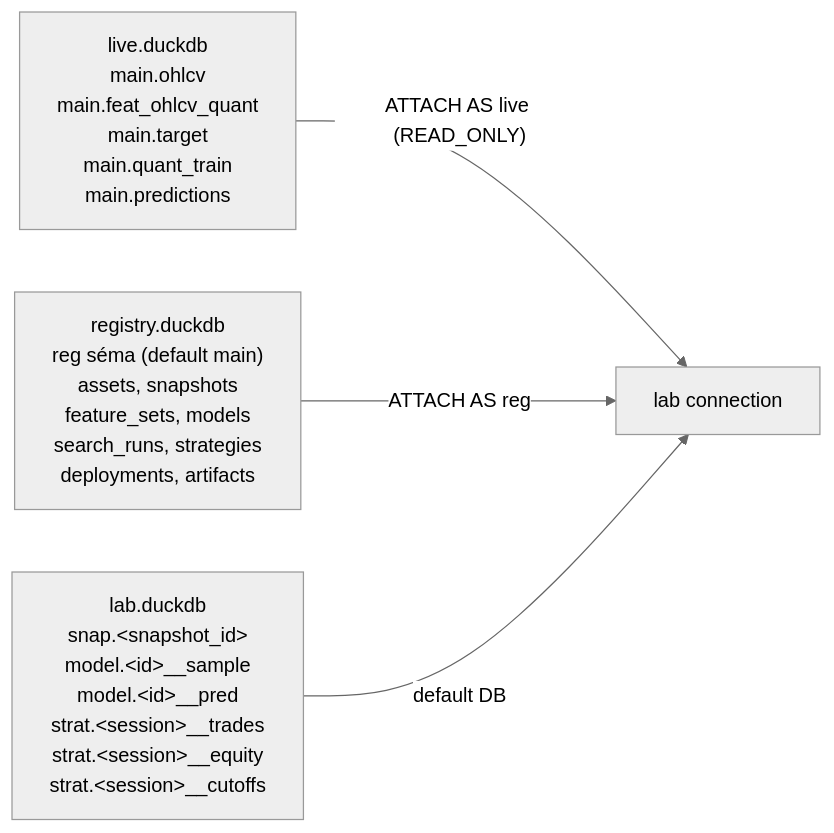
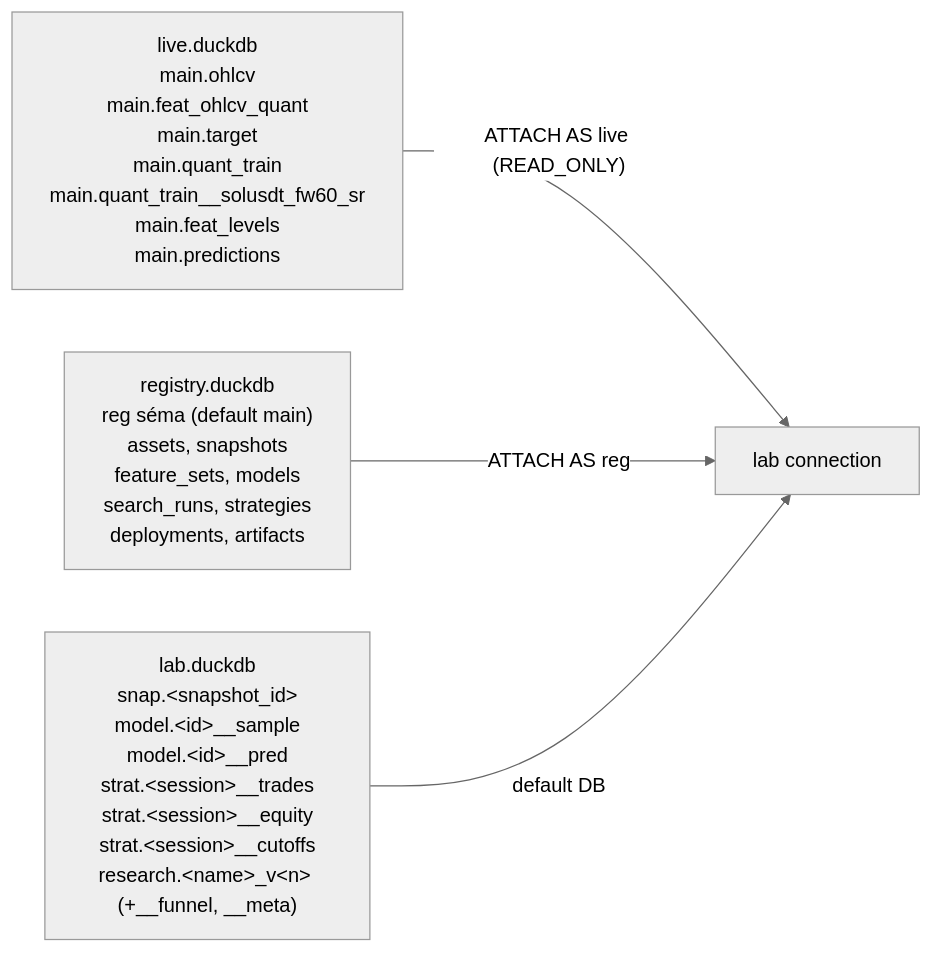
The second of 4 diagrams in _doc_/database_and_code_doc/0002_data_architecture.md (Nemesis14/chronoquant), drawn with Mermaid (neutral theme) before and after one commit. The commit also changed other lines of this file and 2329 other files, not shown here.

````diff
--- a/_doc_/database_and_code_doc/0002_data_architecture.md
+++ b/_doc_/database_and_code_doc/0002_data_architecture.md
@@ -57,10 +58,10 @@
 ```mermaid
 flowchart LR
-  LIVE["live.duckdb\nmain.ohlcv\nmain.feat_ohlcv_quant\nmain.target\nmain.quant_train\nmain.predictions"]
-  LAB["lab.duckdb\nsnap.&lt;snapshot_id&gt;\nmodel.&lt;id&gt;__sample\nmodel.&lt;id&gt;__pred\nstrat.&lt;session&gt;__trades\nstrat.&lt;session&gt;__equity\nstrat.&lt;session&gt;__cutoffs"]
+  LIVE["live.duckdb\nmain.ohlcv\nmain.feat_ohlcv_quant\nmain.target\nmain.quant_train\nmain.quant_train__solusdt_fw60_sr\nmain.feat_levels\nmain.predictions"]
+  LAB["lab.duckdb\nsnap.&lt;snapshot_id&gt;\nmodel.&lt;id&gt;__sample\nmodel.&lt;id&gt;__pred\nstrat.&lt;session&gt;__trades\nstrat.&lt;session&gt;__equity\nstrat.&lt;session&gt;__cutoffs\nresearch.&lt;name&gt;_v&lt;n&gt; (+__funnel, __meta)"]
   REG["registry.duckdb\nreg séma (default main)\nassets, snapshots\nfeature_sets, models\nsearch_runs, strategies\ndeployments, artifacts"]
 
   LIVE -- "ATTACH AS live (READ_ONLY)" --> LABCONN["lab connection"]
   REG  -- "ATTACH AS reg"              --> LABCONN
   LAB  -- "default DB"                 --> LABCONN
 ```
````
